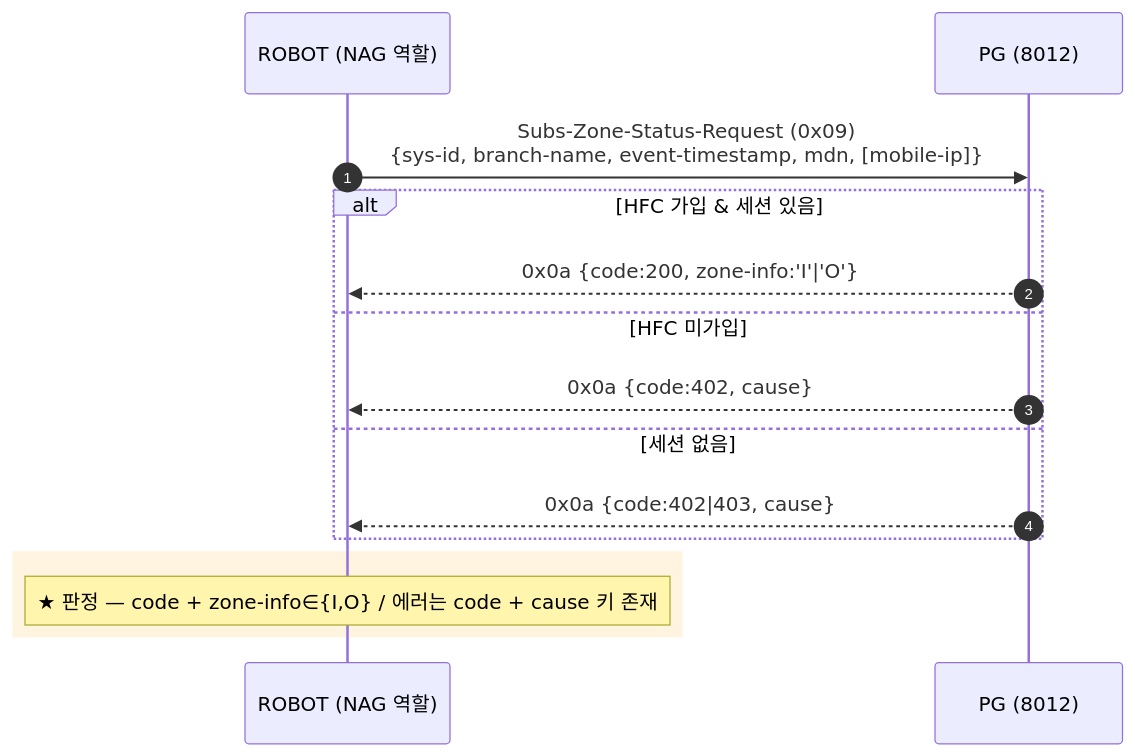
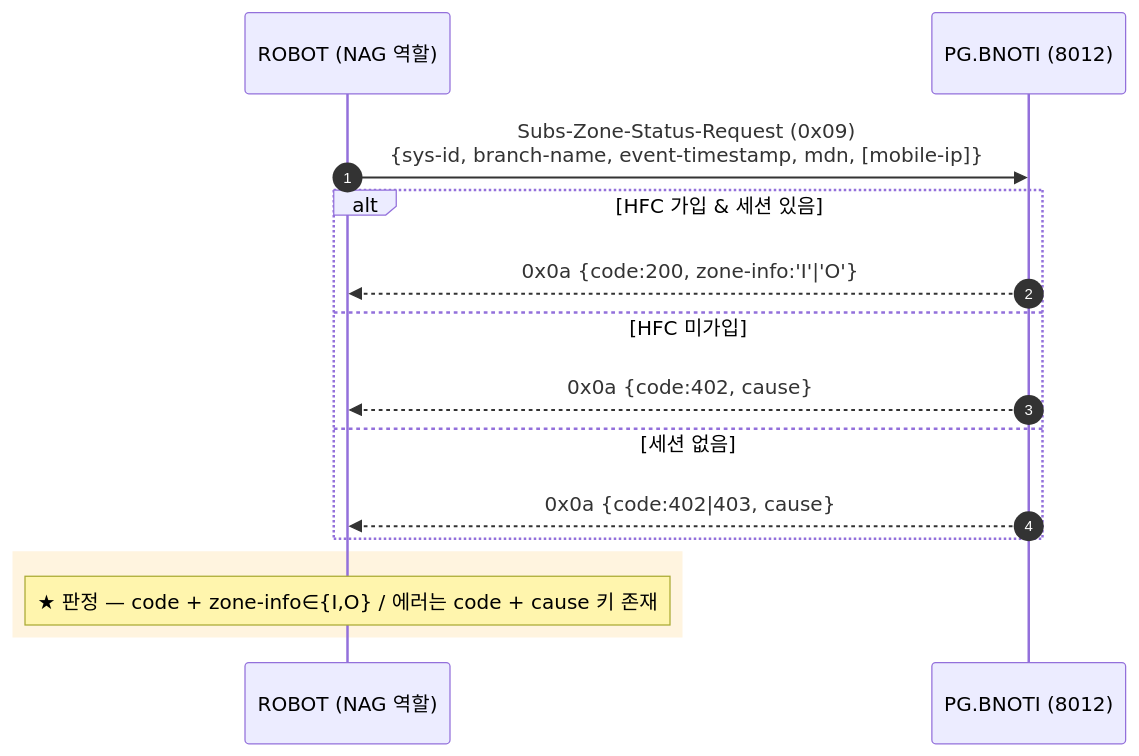
Before and after one commit to IanKim2030/tc4robot: the third of 5 diagrams in docs/callflow/nag_callflow.md, drawn with Mermaid. The commit also changed other lines of this file and 1 other file, not shown here.

First line of the commit message:
docs(callflow): NAG 에 PG 프로세스 목록 추가, 8012 를 PG.BNOTI 로 명시

````diff
--- a/docs/callflow/nag_callflow.md
+++ b/docs/callflow/nag_callflow.md
@@ -63,18 +91,18 @@
 ```mermaid
 sequenceDiagram
     autonumber
     participant TOOL as ROBOT (NAG 역할)
-    participant PG as PG (8012)
+    participant PG as PG.BNOTI (8012)
 
     TOOL->>PG: Subs-Zone-Status-Request (0x09)<br/>{sys-id, branch-name, event-timestamp, mdn, [mobile-ip]}
     alt HFC 가입 & 세션 있음
         PG-->>TOOL: 0x0a {code:200, zone-info:'I'|'O'}
     else HFC 미가입
         PG-->>TOOL: 0x0a {code:402, cause}
     else 세션 없음
         PG-->>TOOL: 0x0a {code:402|403, cause}
     end
     rect rgba(255, 176, 32, 0.14)
     Note over TOOL: ★ 판정 — code + zone-info∈{I,O} / 에러는 code + cause 키 존재
     end
 ```
````
